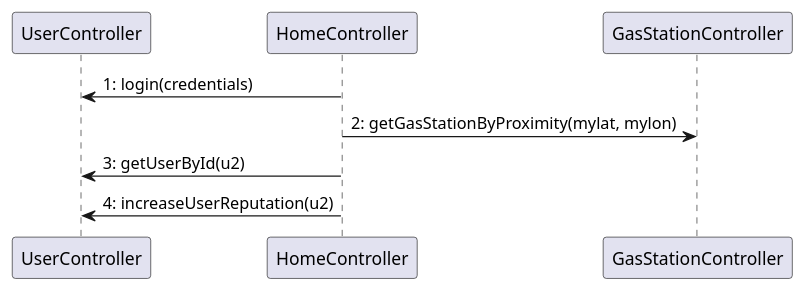
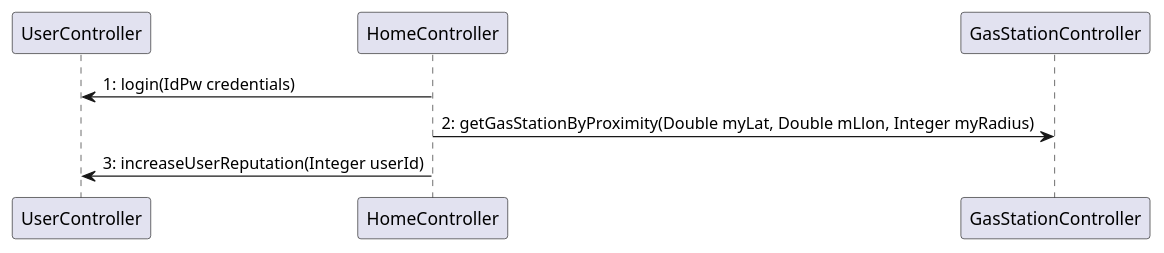
One commit to LucaOddoneSE/EZGas changed the fifth of 6 diagrams in docs/DesignDocument.md. Above: the diagram before and after it, drawn with PlantUML. The commit also changed other lines of this file, not shown here.

Commit message:
fix:updated Verification Sequence Diagrams accordingly with V2

````diff
--- a/docs/DesignDocument.md
+++ b/docs/DesignDocument.md
@@ -686,8 +686,7 @@
 ```plantuml
 @startuml
-UserController <- HomeController : 1: login(credentials)
-HomeController -> GasStationController : 2: getGasStationByProximity(mylat, mylon)
-UserController <- HomeController : 3: getUserById(u2)
-UserController <- HomeController : 4: increaseUserReputation(u2)
+UserController <- HomeController : 1: login(IdPw credentials)
+HomeController -> GasStationController : 2: getGasStationByProximity(Double myLat, Double mLlon, Integer myRadius)
+UserController <- HomeController : 3: increaseUserReputation(Integer userId)
 @enduml
 ```
````
